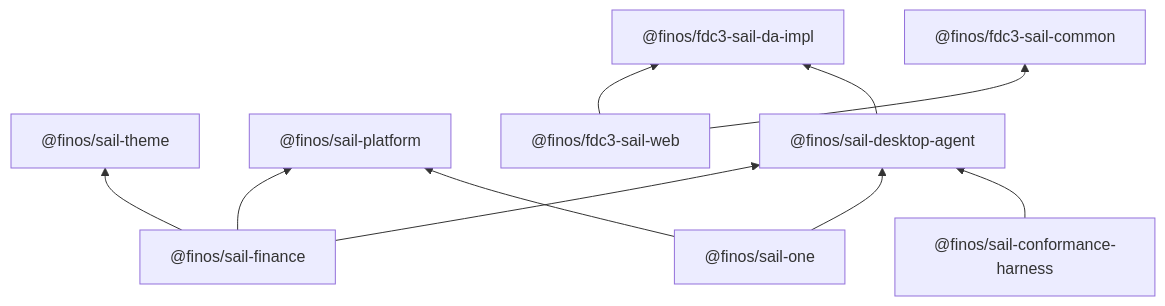
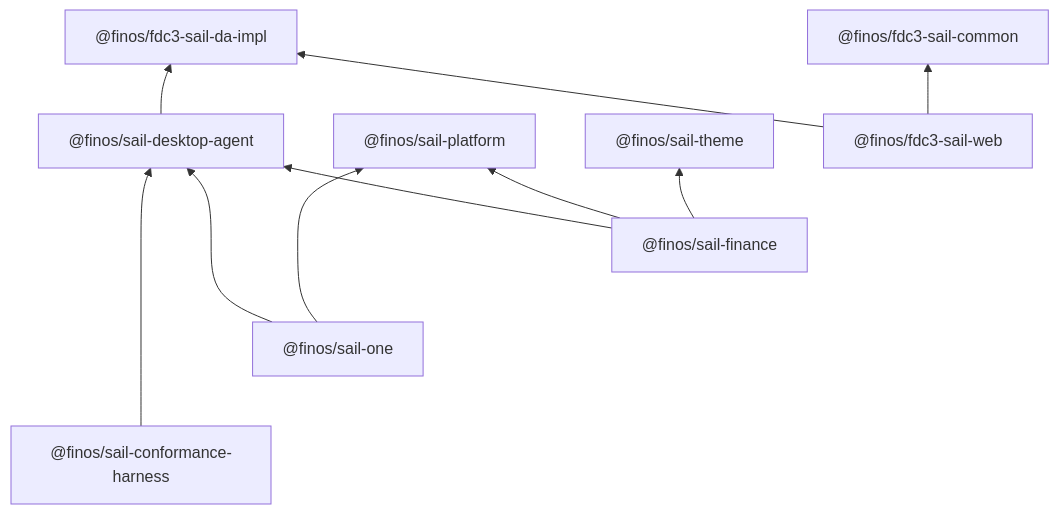
Before and after one commit to finos/FDC3-Sail: the diagram in README.md, drawn with Mermaid.

Commit message:
fixing diagram

````diff
--- a/README.md
+++ b/README.md
@@ -37,22 +37,24 @@
 ```mermaid
 graph BT
   Engine["@finos/fdc3-sail-da-impl"]
   Theme["@finos/sail-theme"]
   Platform["@finos/sail-platform"]
   Common["@finos/fdc3-sail-common"]
   DA["@finos/sail-desktop-agent"]
   V2["@finos/fdc3-sail-web"]
   Harness["@finos/sail-conformance-harness"]
   One["@finos/sail-one"]
   Finance["@finos/sail-finance"]
 
   DA --> Engine
   V2 --> Engine
   V2 --> Common
   Harness --> DA
   One --> DA
   One --> Platform
   Finance --> DA
   Finance --> Platform
   Finance --> Theme
+
+  Harness ~~~ One ~~~ Finance ~~~ V2
 ```
````
